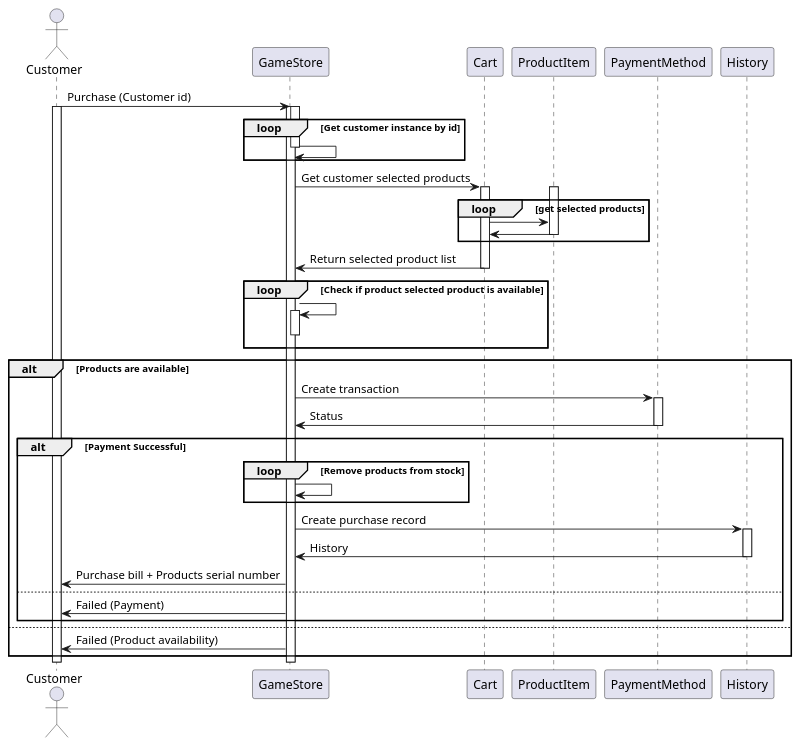
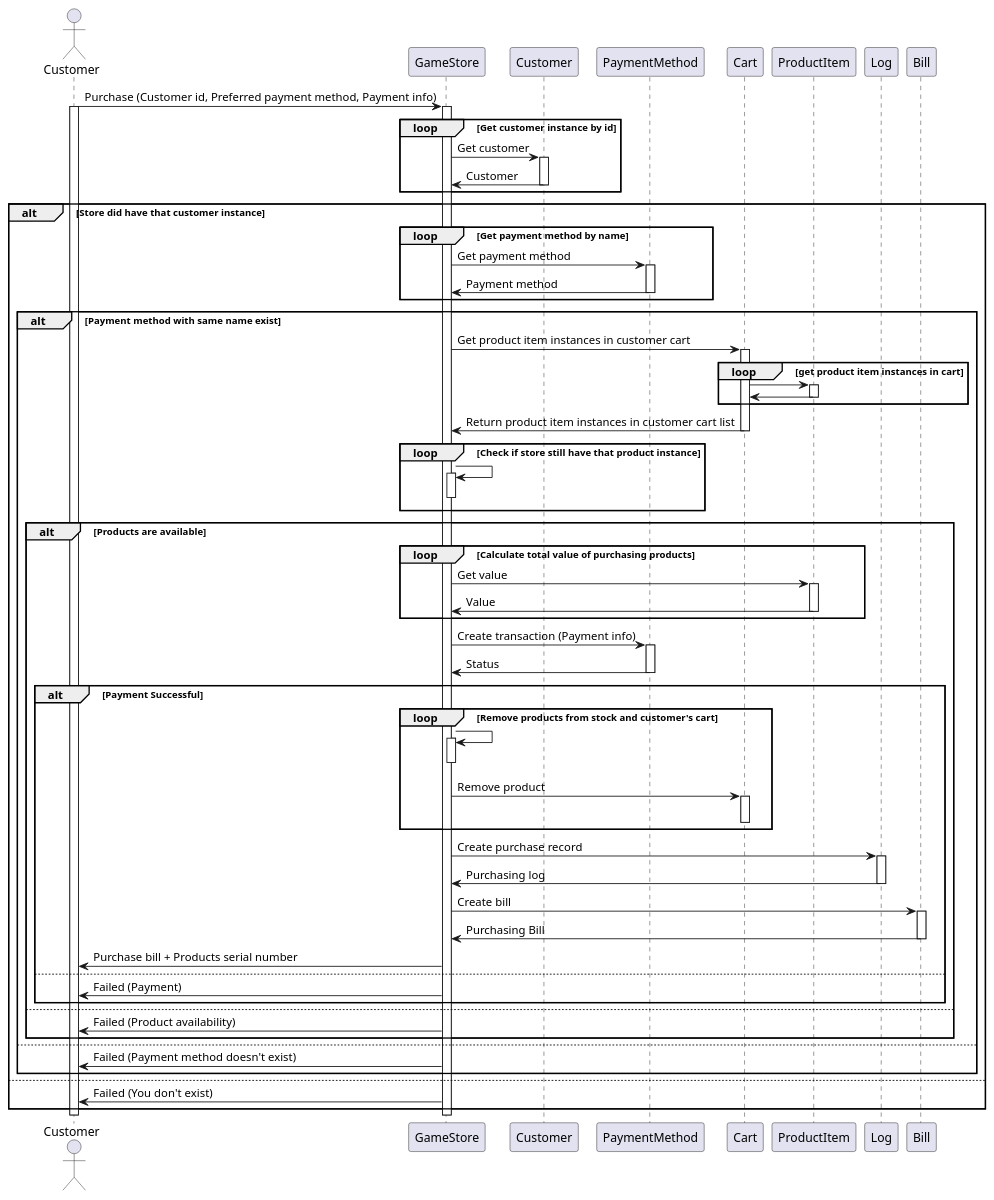
Before and after one commit to WaroonRagwongsiri/OOP_Project: the diagram in SequenceDiagram/sequence_diagram_purchase.puml, drawn with PlantUML. The commit also changed 3 other files, not shown here.

```diff
--- a/SequenceDiagram/sequence_diagram_purchase.puml
+++ b/SequenceDiagram/sequence_diagram_purchase.puml
@@ -1,61 +1,94 @@
 @startuml E
 
-actor Customer
+actor Customer as CustomerA
 
-Customer -> GameStore : Purchase (Customer id)
-activate Customer
+CustomerA -> GameStore : Purchase (Customer id, Preferred payment method, Payment info)
+activate CustomerA
 activate GameStore
 
 loop Get customer instance by id
-    activate GameStore
-    GameStore -> GameStore
-    deactivate GameStore
+    GameStore -> Customer : Get customer
+    activate Customer
+    Customer -> GameStore : Customer
+    deactivate Customer
 end
 
-GameStore -> Cart : Get customer selected products
-activate Cart
-loop get selected products 
-    activate ProductItem
-    Cart -> ProductItem
-    ProductItem -> Cart
-    deactivate ProductItem
-end
-Cart -> GameStore : Return selected product list
-deactivate Cart
+alt Store did have that customer instance
+    loop Get payment method by name
+        GameStore -> PaymentMethod : Get payment method
+        activate PaymentMethod
+        PaymentMethod -> GameStore : Payment method
+        deactivate PaymentMethod
+    end
 
-loop Check if product selected product is available
-    GameStore -> GameStore
-    activate GameStore
-    deactivate GameStore
-end
+    alt Payment method with same name exist
+        GameStore -> Cart : Get product item instances in customer cart
+        activate Cart
+        loop get product item instances in cart
+            Cart -> ProductItem
+            activate ProductItem
+            ProductItem -> Cart
+            deactivate ProductItem
+        end
+        Cart -> GameStore : Return product item instances in customer cart list
+        deactivate Cart
 
-alt Products are available
-    GameStore -> PaymentMethod : Create transaction
-    activate PaymentMethod 
-    PaymentMethod -> GameStore : Status
-    deactivate PaymentMethod
-    
-    alt Payment Successful
-        loop Remove products from stock
+        loop Check if store still have that product instance
             GameStore -> GameStore
+            activate GameStore
+            deactivate GameStore
         end
 
-        GameStore -> History : Create purchase record
-        activate History
-        History -> GameStore : History
-        deactivate History
+        alt Products are available
+            loop Calculate total value of purchasing products
+                GameStore -> ProductItem : Get value
+                activate ProductItem
+                ProductItem -> GameStore : Value
+                deactivate ProductItem
+            end
 
-        GameStore -> Customer : Purchase bill + Products serial number
+            GameStore -> PaymentMethod : Create transaction (Payment info)
+            activate PaymentMethod 
+            PaymentMethod -> GameStore : Status
+            deactivate PaymentMethod
+            
+            alt Payment Successful
+                loop Remove products from stock and customer's cart
+                    GameStore -> GameStore
+                    activate GameStore
+                    deactivate GameStore
+                    GameStore -> Cart : Remove product
+                    activate Cart
+                    deactivate Cart
+                end
+
+                GameStore -> Log : Create purchase record
+                activate Log
+                Log -> GameStore : Purchasing log
+                deactivate Log
+
+                GameStore -> Bill : Create bill
+                activate Bill
+                Bill -> GameStore : Purchasing Bill
+                deactivate Bill
+
+                GameStore -> CustomerA : Purchase bill + Products serial number
+            else
+                GameStore -> CustomerA : Failed (Payment)
+            end
+        else
+            GameStore -> CustomerA : Failed (Product availability)
+        end
     else
-        GameStore -> Customer : Failed (Payment)
+        GameStore -> CustomerA : Failed (Payment method doesn't exist)
     end
 else
-    GameStore -> Customer : Failed (Product availability)
+    GameStore -> CustomerA : Failed (You don't exist)
 end
 
 
 
 deactivate GameStore
-deactivate Customer
+deactivate CustomerA
 
 @enduml
```
